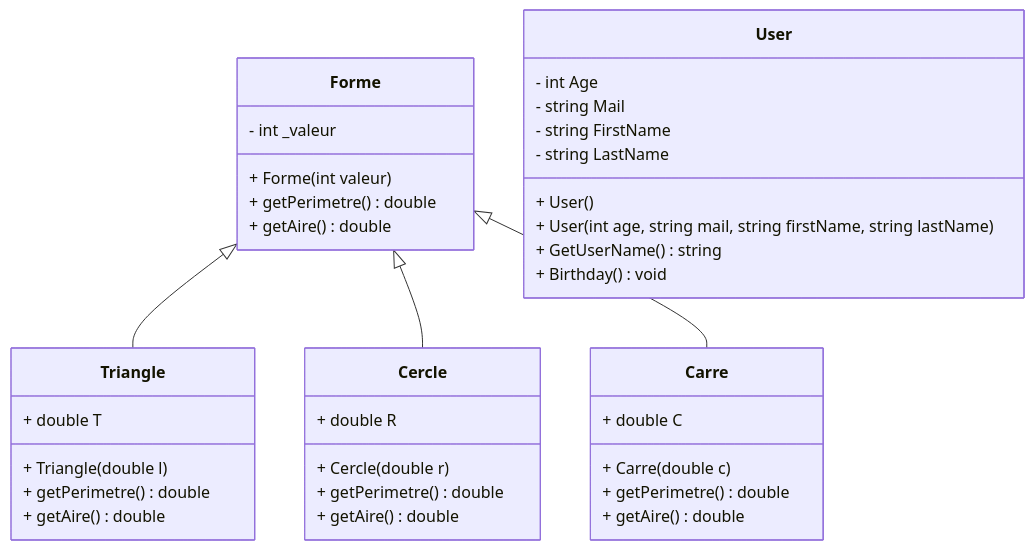
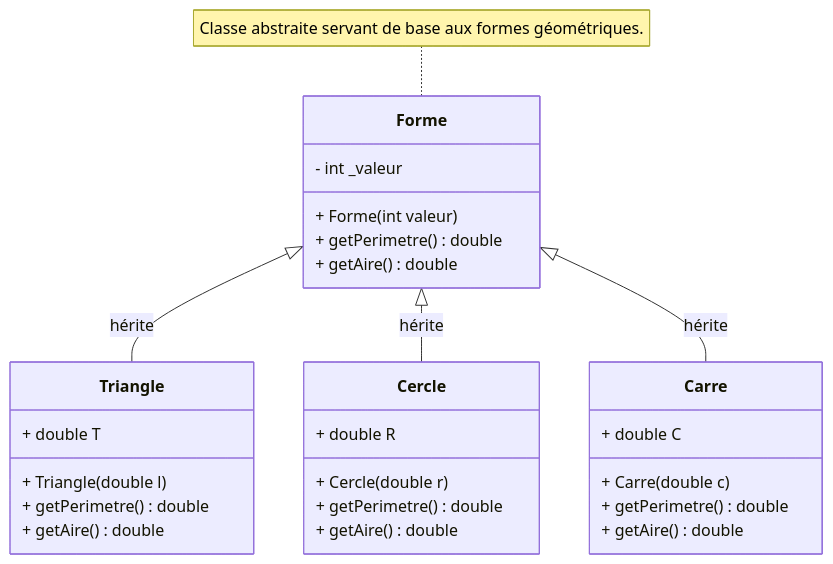
The diagram in uml/diagrame_class.mmd (Wesleysnipzz/fil-rouge), drawn with Mermaid before and after one commit. The commit also changed other lines of this file, not shown here.

```diff
--- a/uml/diagrame_class.mmd
+++ b/uml/diagrame_class.mmd
@@ -1,43 +1,35 @@
-%% filepath: /home/manticoriculare/Documents/fil-rouge/FilRouge402/uml/diagrame_class.mmd
 classDiagram
     class Forme {
+      
       - int _valeur
       + Forme(int valeur)
       + getPerimetre() double
       + getAire() double
     }
     
     class Triangle {
       + double T
       + Triangle(double l)
       + getPerimetre() double
       + getAire() double
     }
-    Forme <|-- Triangle
 
     class Cercle {
       + double R
       + Cercle(double r)
       + getPerimetre() double
       + getAire() double
     }
-    Forme <|-- Cercle
 
     class Carre {
-      + double C
+      + double C  
       + Carre(double c)
       + getPerimetre() double
       + getAire() double
     }
-    Forme <|-- Carre
 
-    class User {
-      - int Age
-      - string Mail
-      - string FirstName
-      - string LastName
-      + User()
-      + User(int age, string mail, string firstName, string lastName)
-      + GetUserName() string
-      + Birthday() void
-    }
+    Forme <|-- Triangle : hérite
+    Forme <|-- Cercle : hérite
+    Forme <|-- Carre : hérite
+
+    note for Forme "Classe abstraite servant de base aux formes géométriques."
```
